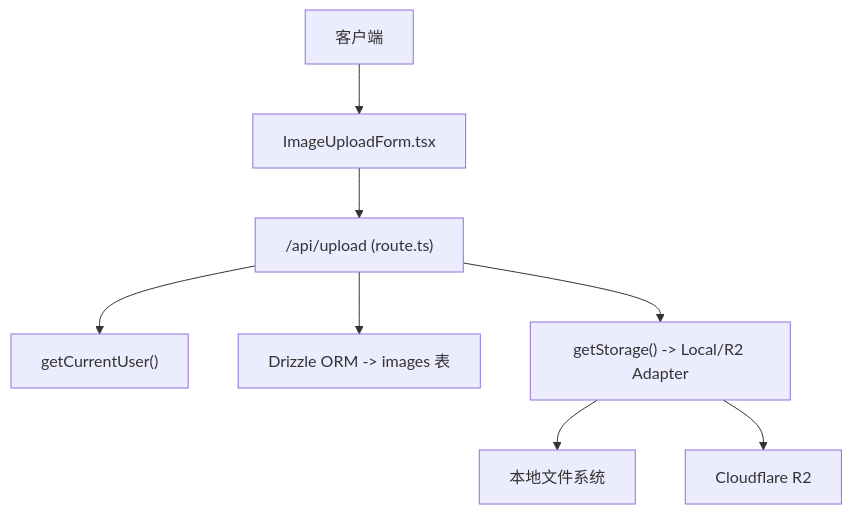
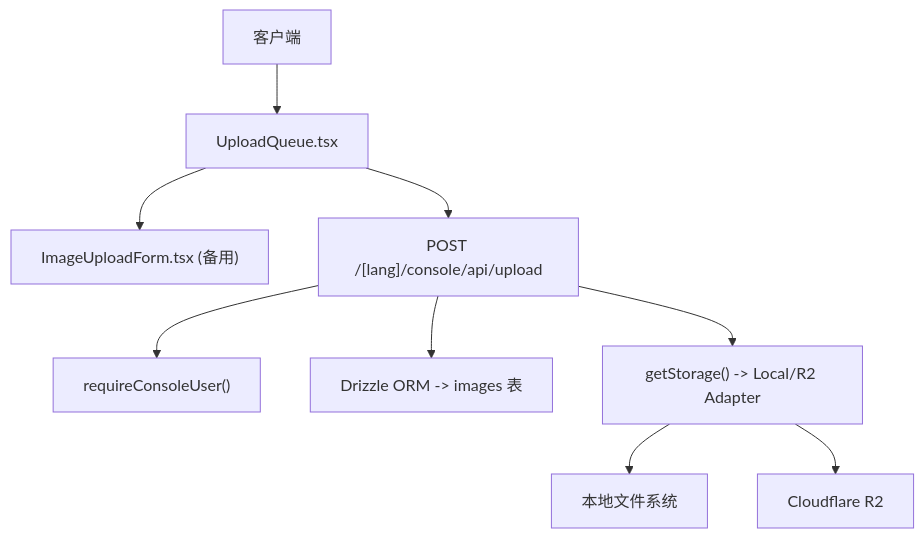
Before and after one commit to pnnh/weable: the first of 5 diagrams in .qoder/repowiki/zh/content/API 接口文档/文件上传 API.md, drawn with Mermaid. The commit also changed other lines of this file and 133 other files, not shown here.

Commit message:
实现基于浏览器自带AI识别图片内容功能

````diff
--- a/.qoder/repowiki/zh/content/API 接口文档/文件上传 API.md
+++ b/.qoder/repowiki/zh/content/API 接口文档/文件上传 API.md
@@ -38,10 +48,11 @@
 ```mermaid
 graph TB
-Client["客户端"] --> Form["ImageUploadForm.tsx"]
-Form --> API["/api/upload (route.ts)"]
-API --> Auth["getCurrentUser()"]
+Client["客户端"] --> Queue["UploadQueue.tsx"]
+Queue --> Form["ImageUploadForm.tsx (备用)"]
+Queue --> API["POST /[lang]/console/api/upload"]
+API --> Auth["requireConsoleUser()"]
 API --> DB["Drizzle ORM -> images 表"]
 API --> Storage["getStorage() -> Local/R2 Adapter"]
 Storage --> LocalFS["本地文件系统"]
 Storage --> R2["Cloudflare R2"]
 ```
````
